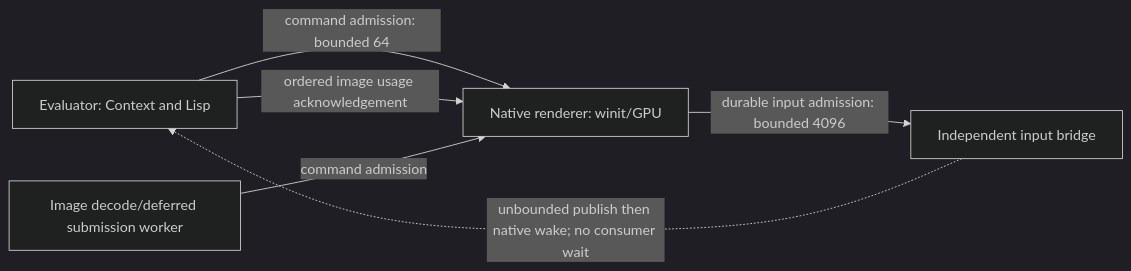
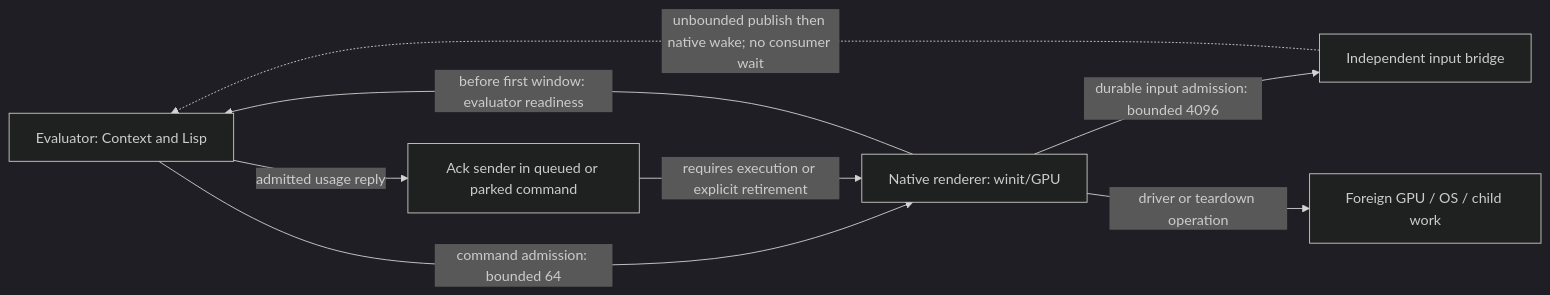
The diagram in docs/design/render-input-backpressure.md (eval-exec/neomacs), drawn with Mermaid (dark theme) before and after one commit. The commit also changed other lines of this file, not shown here.

First line of the commit message:
docs(display): account for renderer reply retirement and startup waits

````diff
--- a/docs/design/render-input-backpressure.md
+++ b/docs/design/render-input-backpressure.md
@@ -35,8 +45,10 @@
 ```mermaid
 flowchart LR
     E[Evaluator: Context and Lisp] -->|command admission: bounded 64| R[Native renderer: winit/GPU]
-    E -->|ordered image usage acknowledgement| R
+    E -->|admitted usage reply| A[Ack sender in queued or parked command]
+    A -->|requires execution or explicit retirement| R
     R -->|durable input admission: bounded 4096| B[Independent input bridge]
     B -.->|unbounded publish then native wake; no consumer wait| E
-    D[Image decode/deferred submission worker] -->|command admission| R
+    R -->|before first window: evaluator readiness| E
+    R -->|driver or teardown operation| F[Foreign GPU / OS / child work]
 ```
````
